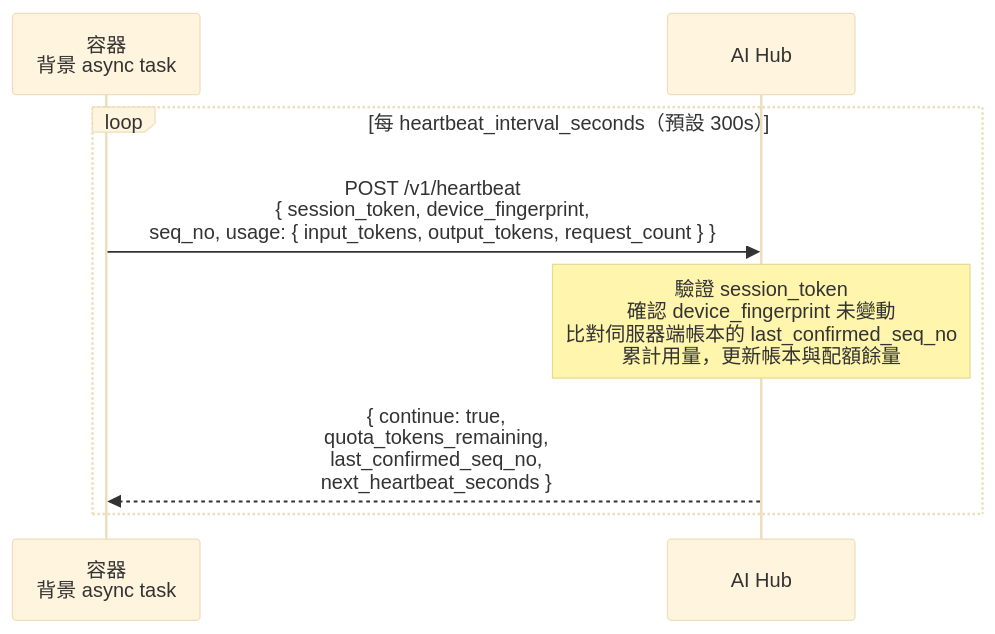
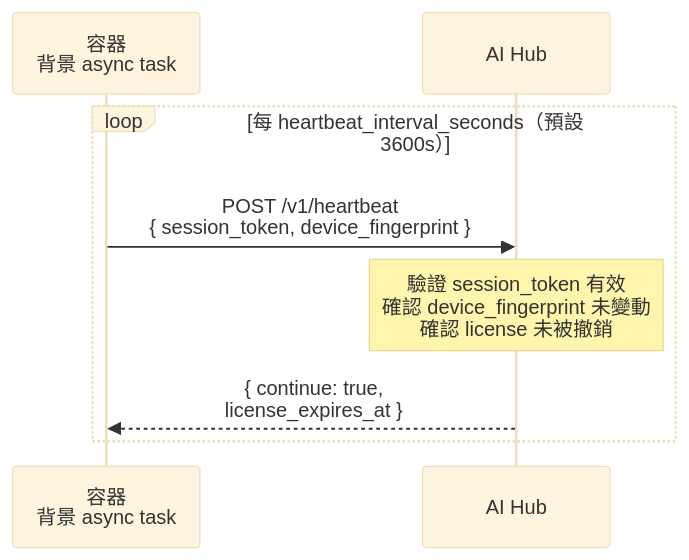
One commit to t200i/footfit changed the second of 4 diagrams in docs/aihub-activation-handshake.md. Above: the diagram before and after it, drawn with Mermaid (base theme). The commit also changed other lines of this file and 2 other files, not shown here.

````diff
--- a/docs/aihub-activation-handshake.md
+++ b/docs/aihub-activation-handshake.md
@@ -132,11 +139,11 @@
 ```mermaid
 sequenceDiagram
     participant E as 容器<br/>背景 async task
     participant H as AI Hub
 
-    loop 每 heartbeat_interval_seconds（預設 300s）
-        E->>H: POST /v1/heartbeat<br/>{ session_token, device_fingerprint,<br/>  seq_no, usage: { input_tokens, output_tokens, request_count } }
-        Note over H: 驗證 session_token<br/>確認 device_fingerprint 未變動<br/>比對伺服器端帳本的 last_confirmed_seq_no<br/>累計用量，更新帳本與配額餘量
-        H-->>E: { continue: true,<br/>  quota_tokens_remaining,<br/>  last_confirmed_seq_no,<br/>  next_heartbeat_seconds }
+    loop 每 heartbeat_interval_seconds（預設 3600s）
+        E->>H: POST /v1/heartbeat<br/>{ session_token, device_fingerprint }
+        Note over H: 驗證 session_token 有效<br/>確認 device_fingerprint 未變動<br/>確認 license 未被撤銷
+        H-->>E: { continue: true,<br/>  license_expires_at }
     end
 ```
````
